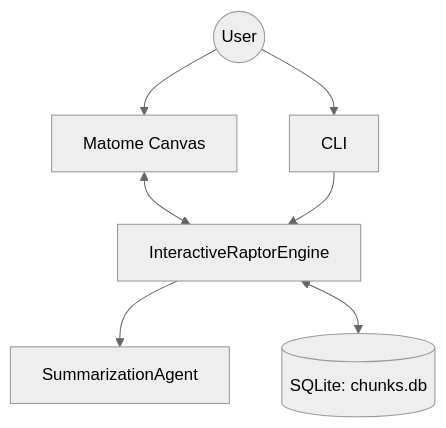
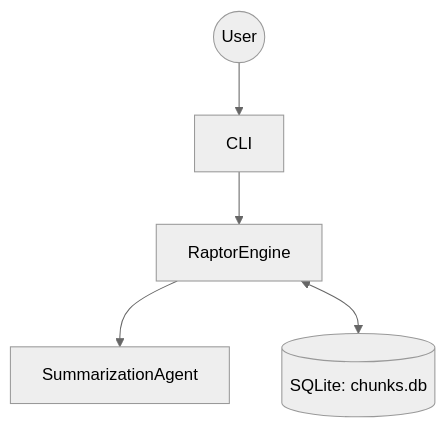
Before and after one commit to tsuyama1990/matome: the diagram in README.md, drawn with Mermaid (neutral theme). The commit also changed other lines of this file and 19 other files, not shown here.

````diff
--- a/README.md
+++ b/README.md
@@ -23,16 +57,13 @@
 ```mermaid
 graph TD
     User((User))
-    GUI[Matome Canvas]
     CLI[CLI]
-    Engine[InteractiveRaptorEngine]
+    Engine[RaptorEngine]
     Agent[SummarizationAgent]
     DB[(SQLite: chunks.db)]
 
-    User --> GUI
     User --> CLI
-    GUI <--> Engine
     CLI --> Engine
     Engine --> Agent
     Engine <--> DB
 ```
````
